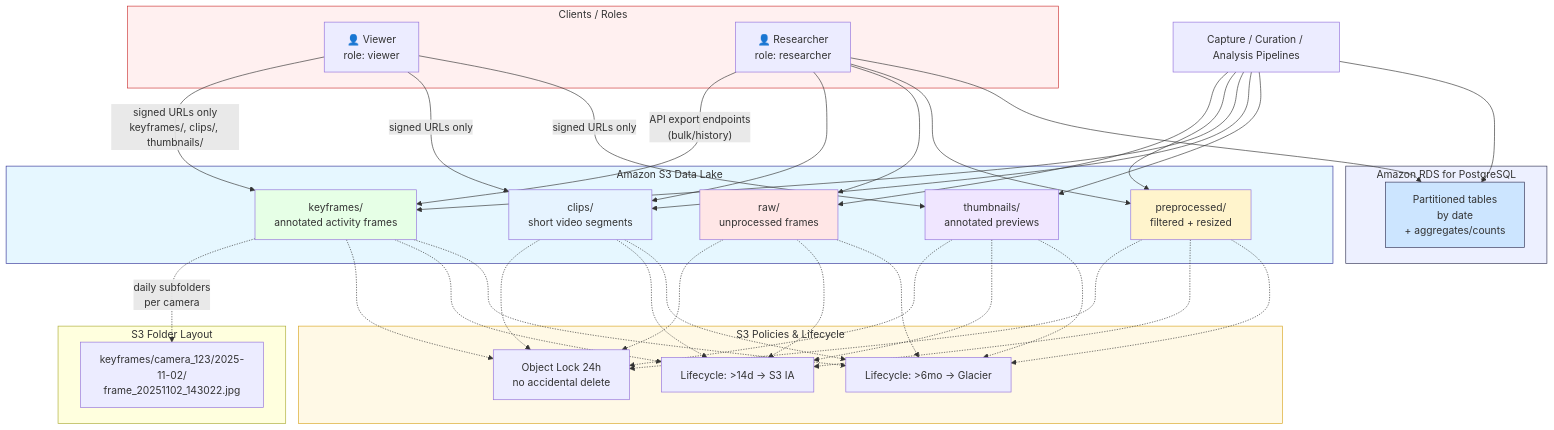
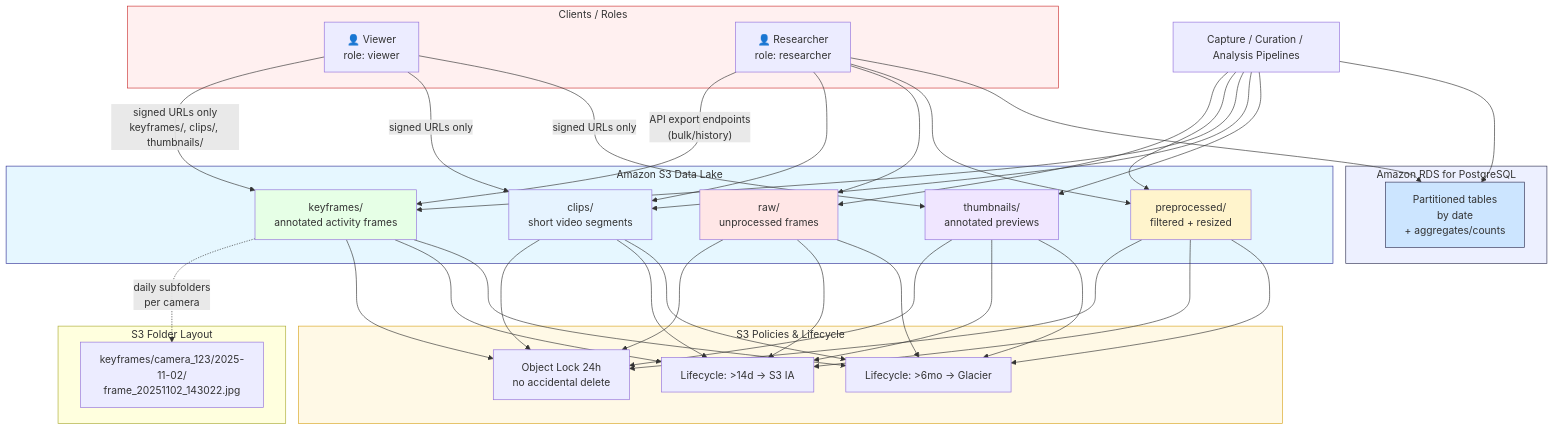
Before and after one commit to zChen-1/Projects-in-school: the diagram in test.mmd, drawn with Mermaid.

```diff
--- a/test.mmd
+++ b/test.mmd
@@ -1,81 +1,81 @@
 graph TB
 
     subgraph Clients["Clients / Roles"]
         VIEWER["👤 Viewer<br/>role: viewer"]
         RESEARCHER["👤 Researcher<br/>role: researcher"]
     end
 
     subgraph S3Lake["Amazon S3 Data Lake"]
         RAW["raw/<br/>unprocessed frames"]
         PRE["preprocessed/<br/>filtered + resized"]
         KF["keyframes/<br/>annotated activity frames"]
         CLIPS["clips/<br/>short video segments"]
         THUMBS["thumbnails/<br/>annotated previews"]
     end
 
     subgraph Org["S3 Folder Layout"]
         EX1["keyframes/camera_123/2025-11-02/<br/>frame_20251102_143022.jpg"]
     end
 
     subgraph Policies["S3 Policies & Lifecycle"]
         LOCK["Object Lock 24h<br/>no accidental delete"]
         IA["Lifecycle: >14d → S3 IA"]
         GLACIER["Lifecycle: >6mo → Glacier"]
     end
 
     subgraph Metadata["Amazon RDS for PostgreSQL"]
         RDS["Partitioned tables<br/>by date<br/>+ aggregates/counts"]
     end
 
     %% Flow from ingestion/processing (implicit producer)
     PROC["Capture / Curation / Analysis Pipelines"] --> RAW
     PROC --> PRE
     PROC --> KF
     PROC --> CLIPS
     PROC --> THUMBS
     PROC --> RDS
 
     %% Folder organization
     KF -. "daily subfolders<br/>per camera" .-> EX1
 
     %% Policies apply to all S3 zones
-    RAW -.-> LOCK
-    PRE -.-> LOCK
-    KF -.-> LOCK
-    CLIPS -.-> LOCK
-    THUMBS -.-> LOCK
+    RAW --> LOCK
+    PRE --> LOCK
+    KF --> LOCK
+    CLIPS --> LOCK
+    THUMBS --> LOCK
 
-    RAW -.-> IA
-    PRE -.-> IA
-    KF -.-> IA
-    CLIPS -.-> IA
-    THUMBS -.-> IA
+    RAW --> IA
+    PRE --> IA
+    KF --> IA
+    CLIPS --> IA
+    THUMBS --> IA
 
-    RAW -.-> GLACIER
-    PRE -.-> GLACIER
-    KF -.-> GLACIER
-    CLIPS -.-> GLACIER
-    THUMBS -.-> GLACIER
+    RAW --> GLACIER
+    PRE --> GLACIER
+    KF --> GLACIER
+    CLIPS --> GLACIER
+    THUMBS --> GLACIER
 
     %% Access control
     VIEWER -->|"signed URLs only<br/>keyframes/, clips/, thumbnails/"| KF
     VIEWER -->|"signed URLs only"| CLIPS
     VIEWER -->|"signed URLs only"| THUMBS
 
     RESEARCHER -->|"API export endpoints<br/>(bulk/history)"| KF
     RESEARCHER --> CLIPS
     RESEARCHER --> RAW
     RESEARCHER --> PRE
     RESEARCHER --> RDS
 
     %% Styling
     style S3Lake fill:#e6f7ff,stroke:#339,stroke-width:1px
     style RAW fill:#ffe6e6
     style PRE fill:#fff4cc
     style KF fill:#e6ffe6
     style CLIPS fill:#e6f3ff
     style THUMBS fill:#f0e6ff
     style Metadata fill:#edf0ff,stroke:#335,stroke-width:1px
     style RDS fill:#cce5ff,stroke:#335,stroke-width:1px
     style Policies fill:#fff9e6,stroke:#d9a520,stroke-width:1px
     style Clients fill:#fff0f0,stroke:#c33,stroke-width:1px
```
